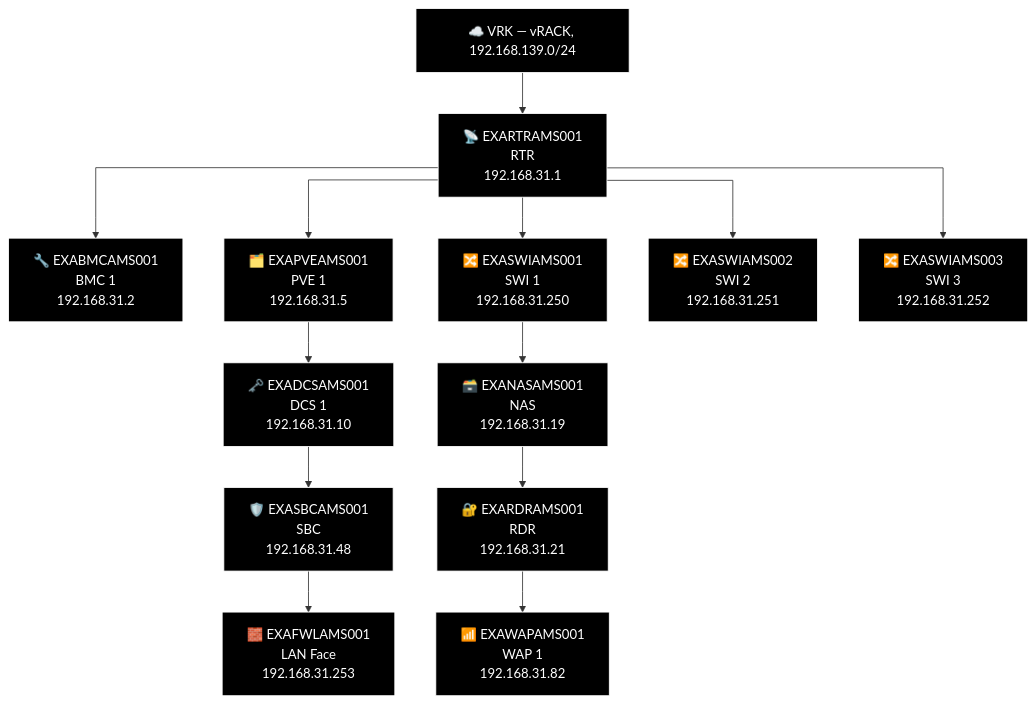
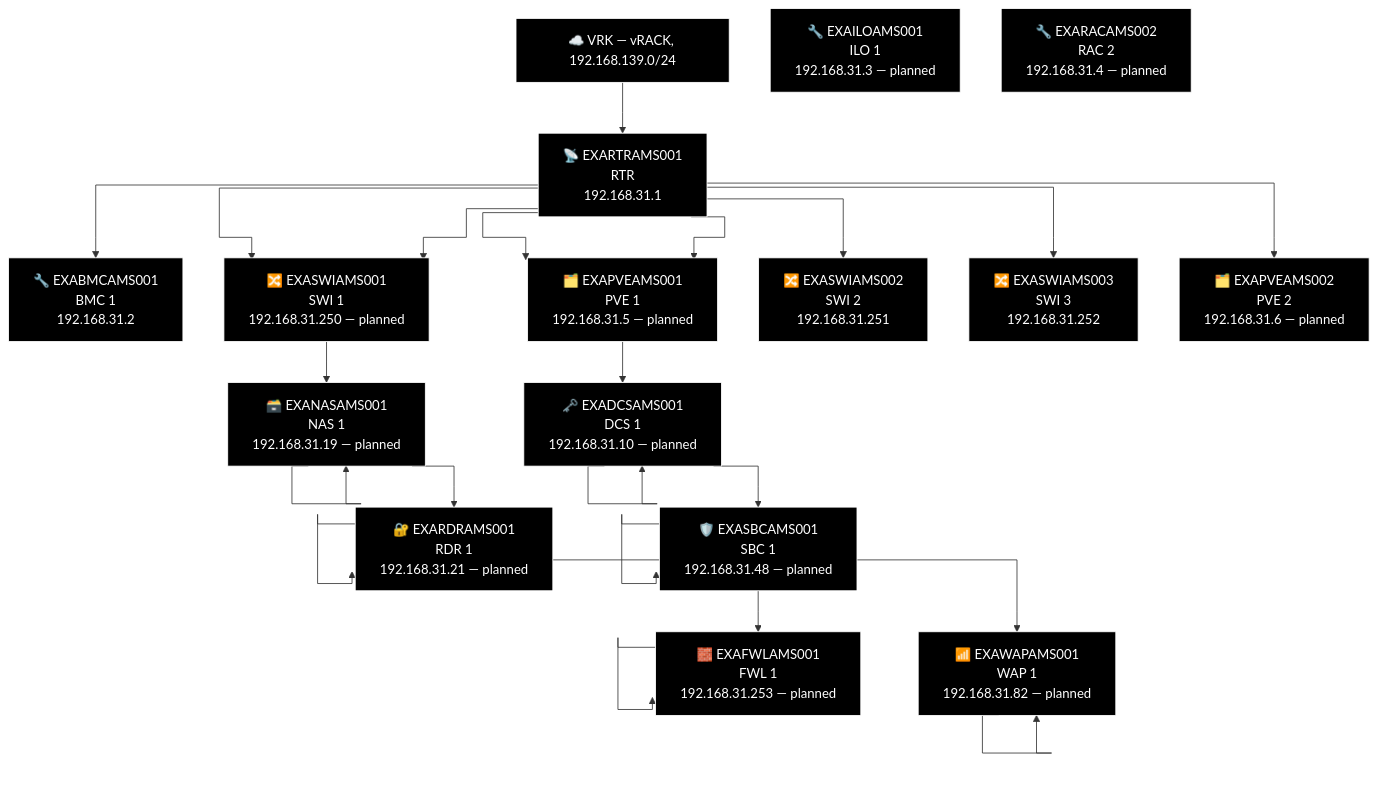
The second of 2 diagrams in docs/network-diagram/nederland.md (knightmare2600/example_music_infra), drawn with Mermaid before and after one commit. The commit also changed 5 other files, not shown here.

````diff
--- a/docs/network-diagram/nederland.md
+++ b/docs/network-diagram/nederland.md
@@ -31,40 +31,65 @@
 ```mermaid
 %% GENERATED:TOPOLOGY:AMS:START
 %%{init: {'flowchart': {'curve': 'stepAfter'}}}%%
 graph TD
     T_VRK["☁️ VRK — vRACK, 192.168.139.0/24"]
     T_RTR["📡 EXARTRAMS001<br/>RTR<br/>192.168.31.1"]
     T_VRK --> T_RTR
     T_BMC["🔧 EXABMCAMS001<br/>BMC 1<br/>192.168.31.2"]
     T_RTR --> T_BMC
     T_PVE["🗂️ EXAPVEAMS001<br/>PVE 1<br/>192.168.31.5"]
     T_RTR --> T_PVE
     T_SWI["🔀 EXASWIAMS001<br/>SWI 1<br/>192.168.31.250"]
     T_RTR --> T_SWI
     T_SWI2["🔀 EXASWIAMS002<br/>SWI 2<br/>192.168.31.251"]
     T_RTR --> T_SWI2
     T_SWI3["🔀 EXASWIAMS003<br/>SWI 3<br/>192.168.31.252"]
     T_RTR --> T_SWI3
+    T_SWI["🔀 EXASWIAMS001<br/>SWI 1<br/>192.168.31.250 — planned"]
+    T_RTR --> T_SWI
+    T_PVE["🗂️ EXAPVEAMS001<br/>PVE 1<br/>192.168.31.5 — planned"]
+    T_RTR --> T_PVE
+    T_PVE2["🗂️ EXAPVEAMS002<br/>PVE 2<br/>192.168.31.6 — planned"]
+    T_RTR --> T_PVE2
     T_NAS["🗃️ EXANASAMS001<br/>NAS<br/>192.168.31.19"]
+    T_NAS["🗃️ EXANASAMS001<br/>NAS 1<br/>192.168.31.19 — planned"]
     T_RDR["🔐 EXARDRAMS001<br/>RDR<br/>192.168.31.21"]
+    T_RDR["🔐 EXARDRAMS001<br/>RDR 1<br/>192.168.31.21 — planned"]
     T_WAP["📶 EXAWAPAMS001<br/>WAP 1<br/>192.168.31.82"]
-    T_SWI --> T_NAS --> T_RDR --> T_WAP
+    T_WAP["📶 EXAWAPAMS001<br/>WAP 1<br/>192.168.31.82 — planned"]
+    T_SWI --> T_NAS --> T_NAS --> T_RDR --> T_RDR --> T_WAP --> T_WAP
     T_DCS["🗝️ EXADCSAMS001<br/>DCS 1<br/>192.168.31.10"]
+    T_DCS["🗝️ EXADCSAMS001<br/>DCS 1<br/>192.168.31.10 — planned"]
     T_SBC["🛡️ EXASBCAMS001<br/>SBC<br/>192.168.31.48"]
+    T_SBC["🛡️ EXASBCAMS001<br/>SBC 1<br/>192.168.31.48 — planned"]
     T_FWL["🧱 EXAFWLAMS001<br/>LAN Face<br/>192.168.31.253"]
-    T_PVE --> T_DCS --> T_SBC --> T_FWL
+    T_FWL["🧱 EXAFWLAMS001<br/>FWL 1<br/>192.168.31.253 — planned"]
+    T_PVE --> T_DCS --> T_DCS --> T_SBC --> T_SBC --> T_FWL --> T_FWL
+    T_ILO["🔧 EXAILOAMS001<br/>ILO 1<br/>192.168.31.3 — planned"]
+    T_RAC["🔧 EXARACAMS002<br/>RAC 2<br/>192.168.31.4 — planned"]
     style T_VRK fill:#000000,stroke:#FFFFFF,color:#FFFFFF
     style T_RTR fill:#000000,stroke:#FFFFFF,color:#FFFFFF
     style T_BMC fill:#000000,stroke:#FFFFFF,color:#FFFFFF
     style T_PVE fill:#000000,stroke:#FFFFFF,color:#FFFFFF
     style T_SWI fill:#000000,stroke:#FFFFFF,color:#FFFFFF
     style T_SWI2 fill:#000000,stroke:#FFFFFF,color:#FFFFFF
     style T_SWI3 fill:#000000,stroke:#FFFFFF,color:#FFFFFF
+    style T_SWI fill:#000000,stroke:#FFFFFF,color:#FFFFFF
+    style T_PVE fill:#000000,stroke:#FFFFFF,color:#FFFFFF
+    style T_PVE2 fill:#000000,stroke:#FFFFFF,color:#FFFFFF
+    style T_NAS fill:#000000,stroke:#FFFFFF,color:#FFFFFF
     style T_NAS fill:#000000,stroke:#FFFFFF,color:#FFFFFF
     style T_RDR fill:#000000,stroke:#FFFFFF,color:#FFFFFF
+    style T_RDR fill:#000000,stroke:#FFFFFF,color:#FFFFFF
+    style T_WAP fill:#000000,stroke:#FFFFFF,color:#FFFFFF
     style T_WAP fill:#000000,stroke:#FFFFFF,color:#FFFFFF
     style T_DCS fill:#000000,stroke:#FFFFFF,color:#FFFFFF
+    style T_DCS fill:#000000,stroke:#FFFFFF,color:#FFFFFF
+    style T_SBC fill:#000000,stroke:#FFFFFF,color:#FFFFFF
     style T_SBC fill:#000000,stroke:#FFFFFF,color:#FFFFFF
     style T_FWL fill:#000000,stroke:#FFFFFF,color:#FFFFFF
+    style T_FWL fill:#000000,stroke:#FFFFFF,color:#FFFFFF
+    style T_ILO fill:#000000,stroke:#FFFFFF,color:#FFFFFF
+    style T_RAC fill:#000000,stroke:#FFFFFF,color:#FFFFFF
 %% GENERATED:TOPOLOGY:AMS:END
 ```
````
